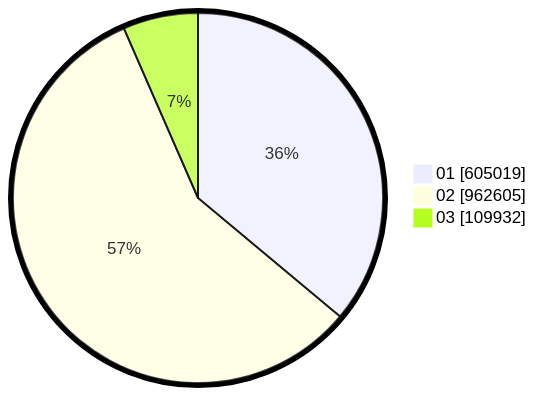
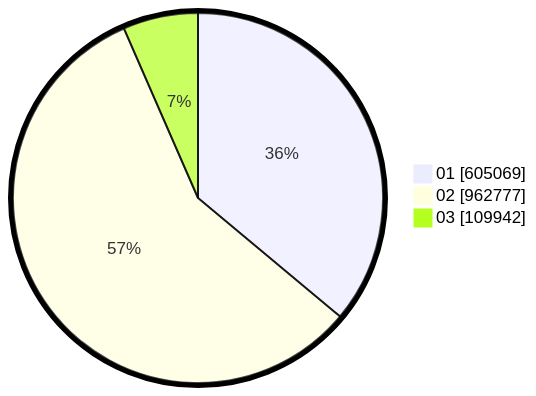
One commit to gigit-pemilu/pemilu-2024 changed the second of 2 diagrams in pilpres/hitung-suara/sub/table-wilayah-63.md. Above: the diagram before and after it, drawn with Mermaid. The commit also changed other lines of this file and 8 other files, not shown here.

````diff
--- a/pilpres/hitung-suara/sub/table-wilayah-63.md
+++ b/pilpres/hitung-suara/sub/table-wilayah-63.md
@@ -15,7 +15,7 @@
 ```mermaid
 %%{init: {"pie": {"textPosition": 0.5}, "themeVariables": {"pieOuterStrokeWidth": "5px"}} }%%
 pie showData
-    "01" : 605019
-    "02" : 962605
-    "03" : 109932
+    "01" : 605069
+    "02" : 962777
+    "03" : 109942
 ```
````
